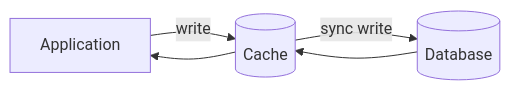
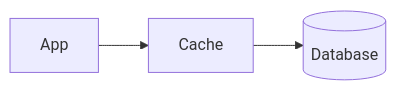
Before and after one commit to hareramcse/SystemDesign: the first of 3 diagrams in 03-caching/README.md, drawn with Mermaid. The commit also changed other lines of this file and 15 other files, not shown here.

````diff
--- a/03-caching/README.md
+++ b/03-caching/README.md
@@ -296,7 +27,5 @@
 ```mermaid
 flowchart LR
-    App[Application] -->|write| Cache[(Cache)]
-    Cache -->|sync write| DB[(Database)]
-    DB --> Cache
-    Cache --> App
+    App --> Cache
+    Cache --> DB[(Database)]
 ```
````
